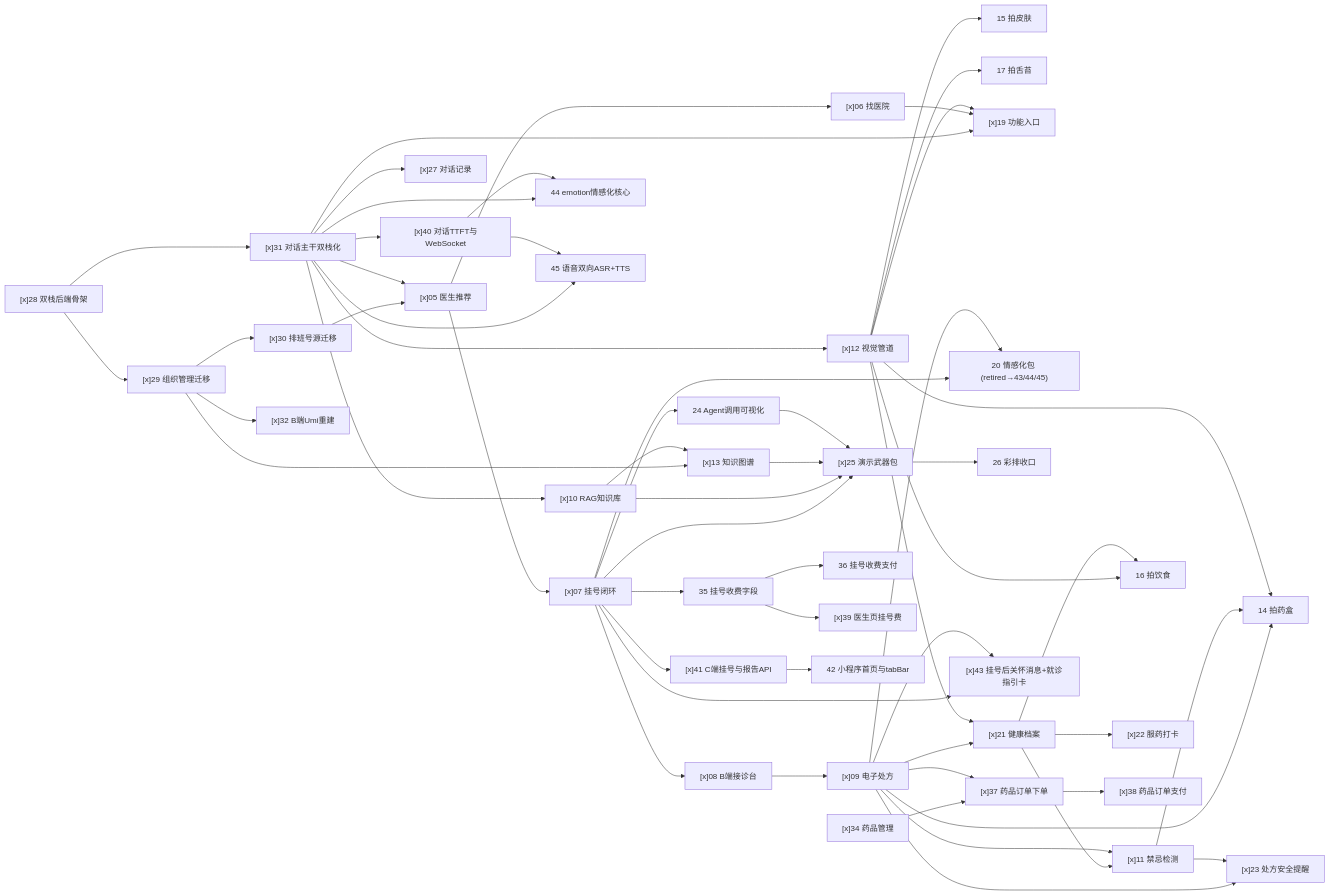
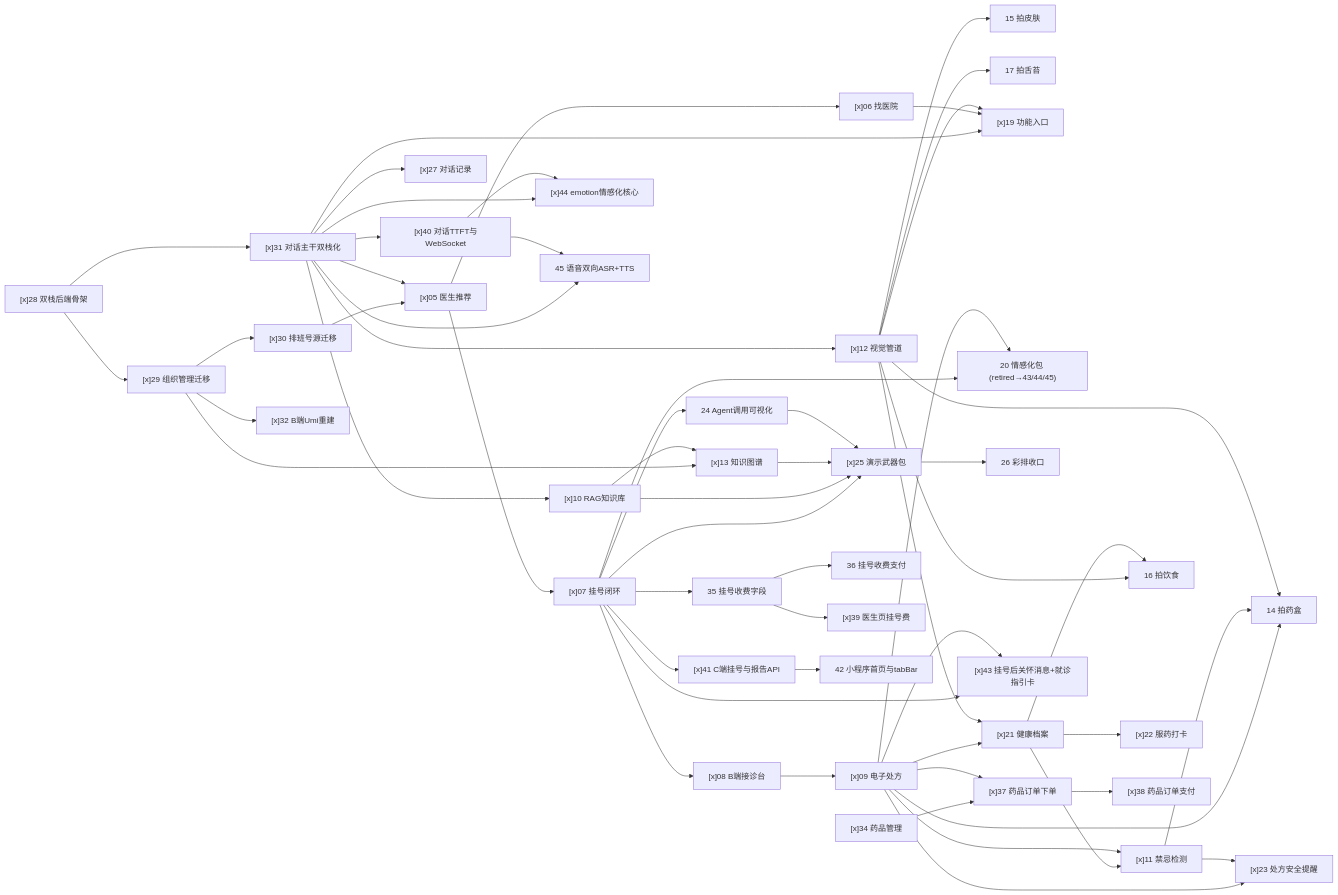
The diagram in README.md (ILoveFurina/zhiyu-health), drawn with Mermaid before and after one commit. The commit also changed 1 other file, not shown here.

Commit message:
docs(emotion): README 依赖图与票单收口
票 44 done：README 依赖图 T44 节点加 [x]，票单 checklist 全部勾选并更新
状态。

```diff
--- a/README.md
+++ b/README.md
@@ -61,7 +61,7 @@
     T42["42 小程序首页与tabBar"]
 
     T43["[x]43 挂号后关怀消息+就诊指引卡"]
-    T44["44 emotion情感化核心"]
+    T44["[x]44 emotion情感化核心"]
     T45["45 语音双向ASR+TTS"]
 
     T28 --> T29
```
